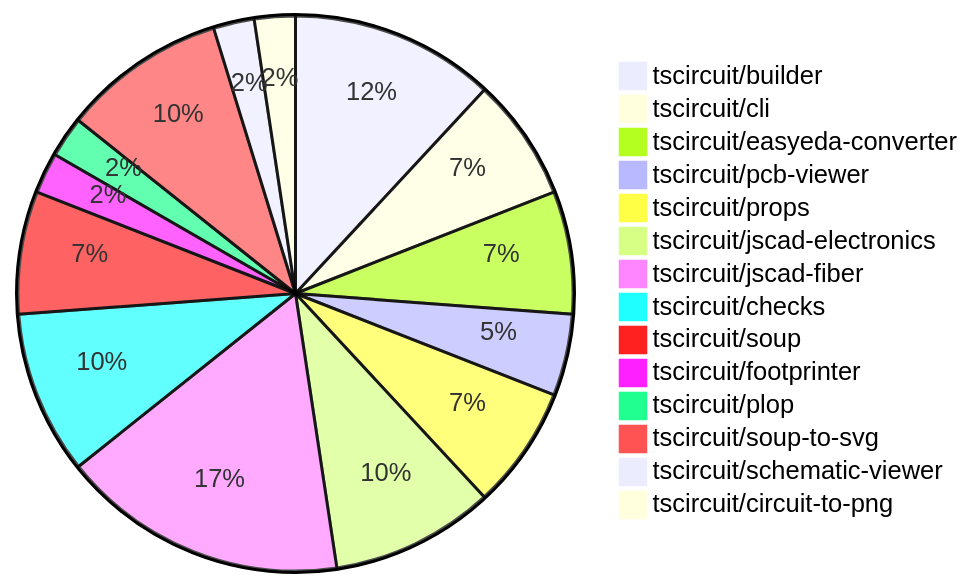
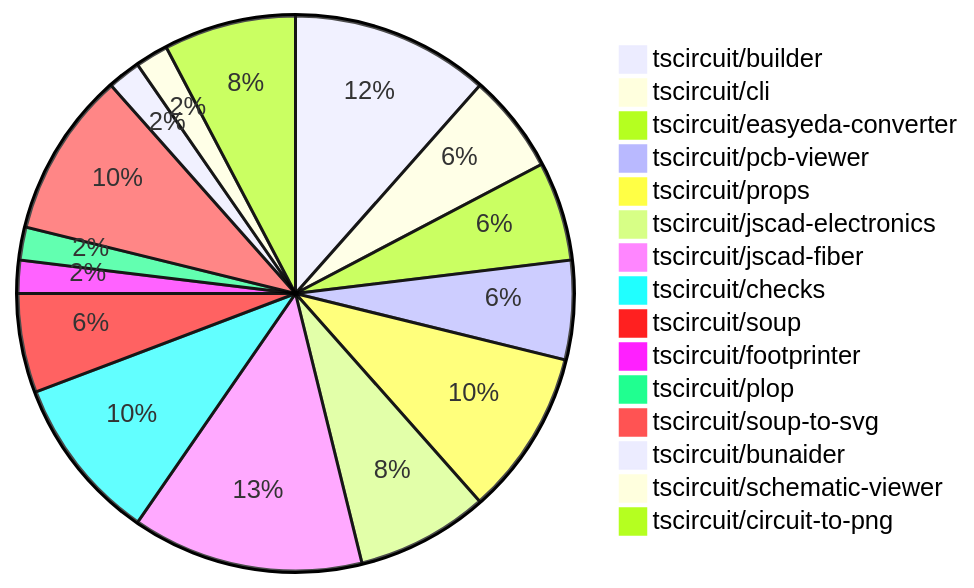
The diagram in README.md (tscircuit/contribution-tracker), drawn with Mermaid before and after one commit. The commit also changed other lines of this file and 1 other file, not shown here.

````diff
--- a/README.md
+++ b/README.md
@@ -24,17 +24,18 @@
 ```mermaid
 pie
-    "tscircuit/builder" : 5
+    "tscircuit/builder" : 6
     "tscircuit/cli" : 3
     "tscircuit/easyeda-converter" : 3
-    "tscircuit/pcb-viewer" : 2
-    "tscircuit/props" : 3
+    "tscircuit/pcb-viewer" : 3
+    "tscircuit/props" : 5
     "tscircuit/jscad-electronics" : 4
     "tscircuit/jscad-fiber" : 7
-    "tscircuit/checks" : 4
+    "tscircuit/checks" : 5
     "tscircuit/soup" : 3
     "tscircuit/footprinter" : 1
     "tscircuit/plop" : 1
-    "tscircuit/soup-to-svg" : 4
+    "tscircuit/soup-to-svg" : 5
+    "tscircuit/bunaider" : 1
     "tscircuit/schematic-viewer" : 1
-    "tscircuit/circuit-to-png" : 1
+    "tscircuit/circuit-to-png" : 4
 ```
````
